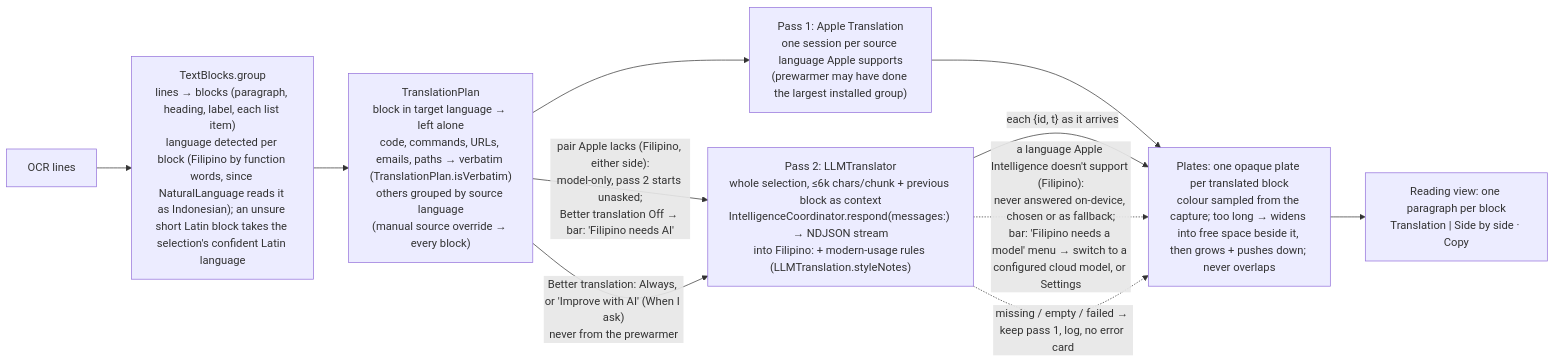
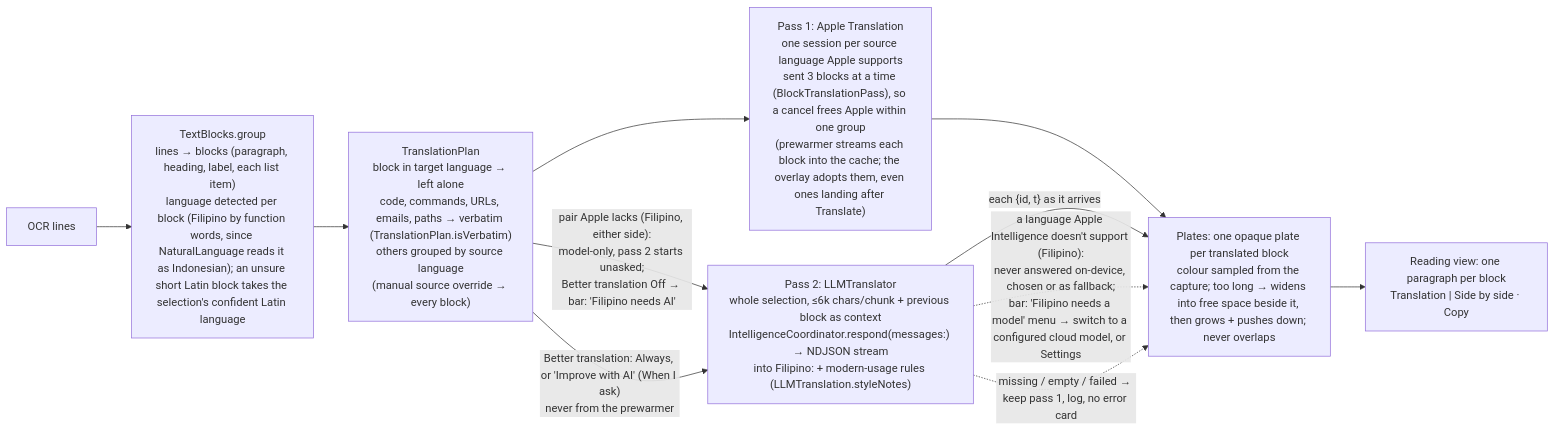
One commit to civarry/lasso-app changed the fifth of 8 diagrams in docs/APP_FLOW.md. Above: the diagram before and after it, drawn with Mermaid. The commit also changed 5 other files, not shown here.

First line of the commit message:
Translate: send pass 1 in groups of three and keep pre-translation as it lands

````diff
--- a/docs/APP_FLOW.md
+++ b/docs/APP_FLOW.md
@@ -452,13 +452,13 @@
 ```mermaid
 flowchart LR
   Lines["OCR lines"] --> Blocks["TextBlocks.group<br/>lines → blocks (paragraph, heading, label, each list item)<br/>language detected per block (Filipino by function words, since NaturalLanguage reads it as Indonesian); an unsure short Latin block takes the selection's confident Latin language"]
   Blocks --> Plan["TranslationPlan<br/>block in target language → left alone<br/>code, commands, URLs, emails, paths → verbatim (TranslationPlan.isVerbatim)<br/>others grouped by source language<br/>(manual source override → every block)"]
-  Plan --> P1["Pass 1: Apple Translation<br/>one session per source language Apple supports<br/>(prewarmer may have done the largest installed group)"]
+  Plan --> P1["Pass 1: Apple Translation<br/>one session per source language Apple supports<br/>sent 3 blocks at a time (BlockTranslationPass), so a cancel frees Apple within one group<br/>(prewarmer streams each block into the cache; the overlay adopts them, even ones landing after Translate)"]
   Plan -->|"pair Apple lacks (Filipino, either side):<br/>model-only, pass 2 starts unasked;<br/>Better translation Off → bar: 'Filipino needs AI'"| P2
   P1 --> Plates["Plates: one opaque plate per translated block<br/>colour sampled from the capture; too long → widens into free space beside it, then grows + pushes down; never overlaps"]
   Plan -->|"Better translation: Always, or 'Improve with AI' (When I ask)<br/>never from the prewarmer"| P2["Pass 2: LLMTranslator<br/>whole selection, ≤6k chars/chunk + previous block as context<br/>IntelligenceCoordinator.respond(messages:) → NDJSON stream<br/>into Filipino: + modern-usage rules (LLMTranslation.styleNotes)"]
   P2 -->|"each {id, t} as it arrives"| Plates
   P2 -.->|"a language Apple Intelligence doesn't support (Filipino):<br/>never answered on-device, chosen or as fallback;<br/>bar: 'Filipino needs a model' menu → switch to a configured cloud model, or Settings"| Plates
   P2 -.->|"missing / empty / failed → keep pass 1, log, no error card"| Plates
   Plates --> Reading["Reading view: one paragraph per block<br/>Translation | Side by side · Copy"]
 ```
````
